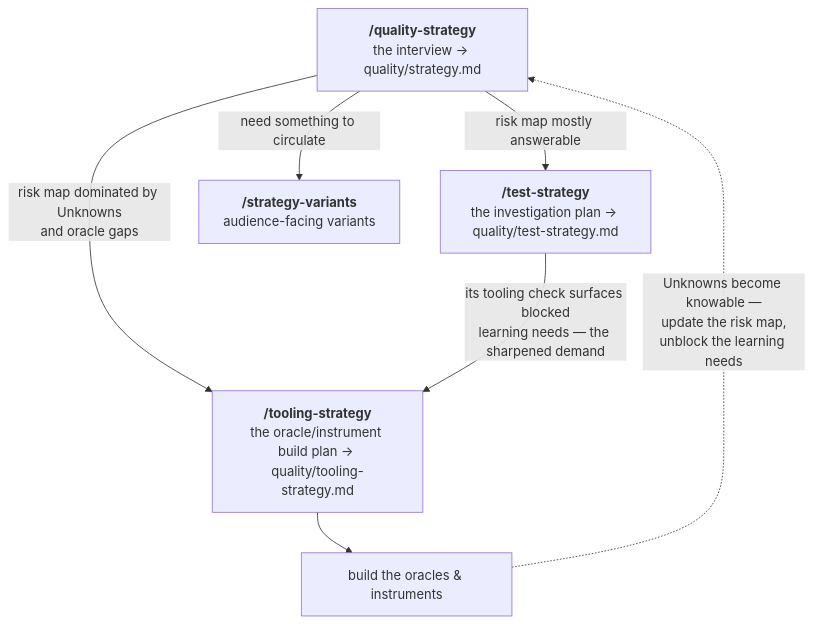
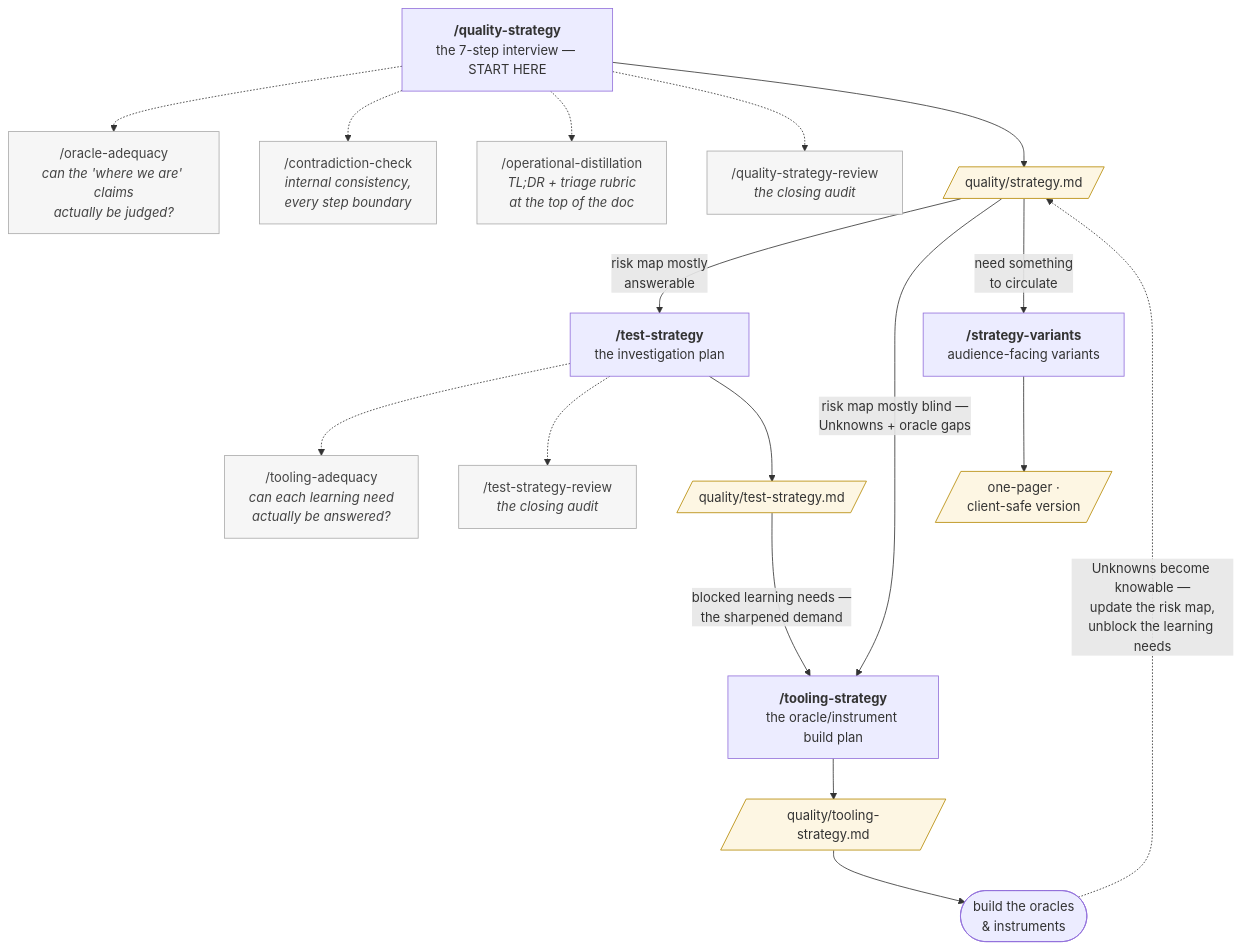
The diagram in README.md (tollens-ai/quality-strategy-skills), drawn with Mermaid before and after one commit. The commit also changed other lines of this file, not shown here.

Commit message:
docs(README): replace ASCII skills tree with a full mermaid flowchart
One diagram now carries the whole bundle: the four skills you start
(bold), the six sub-skills they invoke (dotted edges), the documents
that flow between them, and the risk-map branch + build-loop from the
'which order' rule. Rendered and visually verified via headless
chromium. The separate order-only diagram is folded into prose.

````diff
--- a/README.md
+++ b/README.md
@@ -62,15 +32,44 @@
 ```mermaid
 flowchart TD
-    QS["<b>/quality-strategy</b><br/>the interview → quality/strategy.md"]
-    TS["<b>/test-strategy</b><br/>the investigation plan → quality/test-strategy.md"]
-    TOOL["<b>/tooling-strategy</b><br/>the oracle/instrument build plan → quality/tooling-strategy.md"]
+    QS["<b>/quality-strategy</b><br/>the 7-step interview — START HERE"]
+    OA["/oracle-adequacy<br/><i>can the 'where we are' claims<br/>actually be judged?</i>"]
+    CC["/contradiction-check<br/><i>internal consistency,<br/>every step boundary</i>"]
+    OD["/operational-distillation<br/><i>TL;DR + triage rubric<br/>at the top of the doc</i>"]
+    QSR["/quality-strategy-review<br/><i>the closing audit</i>"]
+    SDOC[/"quality/strategy.md"/]
+    TS["<b>/test-strategy</b><br/>the investigation plan"]
+    TA["/tooling-adequacy<br/><i>can each learning need<br/>actually be answered?</i>"]
+    TSR["/test-strategy-review<br/><i>the closing audit</i>"]
+    TDOC[/"quality/test-strategy.md"/]
+    TOOL["<b>/tooling-strategy</b><br/>the oracle/instrument build plan"]
+    ODOC[/"quality/tooling-strategy.md"/]
     SV["<b>/strategy-variants</b><br/>audience-facing variants"]
-    BUILD["build the oracles & instruments"]
+    VDOC[/"one-pager ·<br/>client-safe version"/]
+    BUILD(["build the oracles<br/>& instruments"])
 
-    QS -->|"risk map mostly answerable"| TS
-    QS -->|"risk map dominated by Unknowns<br/>and oracle gaps"| TOOL
-    TS -->|"its tooling check surfaces blocked<br/>learning needs — the sharpened demand"| TOOL
-    TOOL --> BUILD
-    BUILD -.->|"Unknowns become knowable —<br/>update the risk map,<br/>unblock the learning needs"| QS
-    QS -->|"need something to circulate"| SV
+    QS -.-> OA
+    QS -.-> CC
+    QS -.-> OD
+    QS -.-> QSR
+    QS --> SDOC
+
+    SDOC -->|"risk map mostly<br/>answerable"| TS
+    SDOC -->|"risk map mostly blind —<br/>Unknowns + oracle gaps"| TOOL
+    SDOC -->|"need something<br/>to circulate"| SV
+
+    TS -.-> TA
+    TS -.-> TSR
+    TS --> TDOC
+    TDOC -->|"blocked learning needs —<br/>the sharpened demand"| TOOL
+
+    TOOL --> ODOC
+    ODOC --> BUILD
+    BUILD -.->|"Unknowns become knowable —<br/>update the risk map,<br/>unblock the learning needs"| SDOC
+
+    SV --> VDOC
+
+    classDef sub fill:#f6f6f6,stroke:#aaaaaa,color:#444444
+    class OA,CC,OD,QSR,TA,TSR sub
+    classDef doc fill:#fdf6e3,stroke:#b58900,color:#333333
+    class SDOC,TDOC,ODOC,VDOC doc
 ```
````
